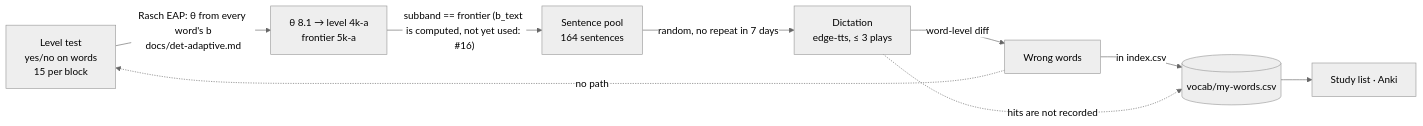
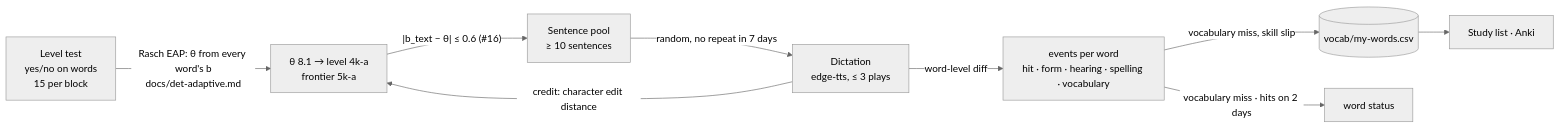
The third of 3 diagrams in docs/sentences.md (nhanpc/DET), drawn with Mermaid (neutral theme) before and after one commit. The commit also changed other lines of this file and 17 other files, not shown here.

````diff
--- a/docs/sentences.md
+++ b/docs/sentences.md
@@ -166,11 +166,11 @@
 ```mermaid
 flowchart LR
     T[Level test<br/>yes/no on words<br/>15 per block] -->|"Rasch EAP: θ from every word's b<br/>docs/det-adaptive.md"| L[θ 8.1 → level 4k-a<br/>frontier 5k-a]
-    L -->|"subband == frontier (b_text is computed, not yet used: #16)"| P[Sentence pool<br/>164 sentences]
+    L -->|"|b_text − θ| ≤ 0.6 (#16)"| P[Sentence pool<br/>≥ 10 sentences]
     P -->|random, no repeat in 7 days| D[Dictation<br/>edge-tts, ≤ 3 plays]
-    D -->|word-level diff| R[Wrong words]
-    R -->|"in index.csv"| M[(vocab/my-words.csv)]
+    D -->|"credit: character edit distance"| L
+    D -->|word-level diff| R["events per word<br/>hit · form · hearing · spelling · vocabulary"]
+    R -->|"vocabulary miss, skill slip"| M[(vocab/my-words.csv)]
+    R -->|"vocabulary miss · hits on 2 days"| W[word status]
     M --> S[Study list · Anki]
-    R -. no path .-> T
-    D -. hits are not recorded .-> M
 ```
````
